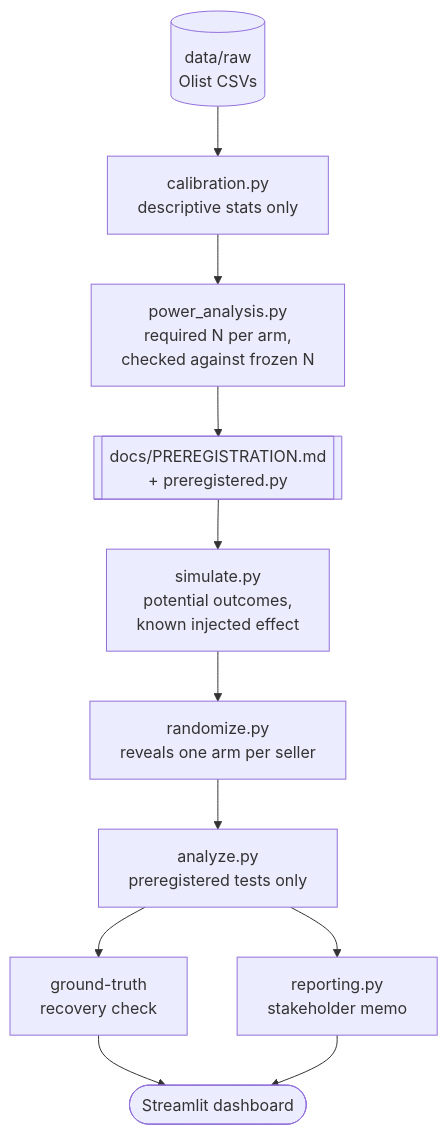
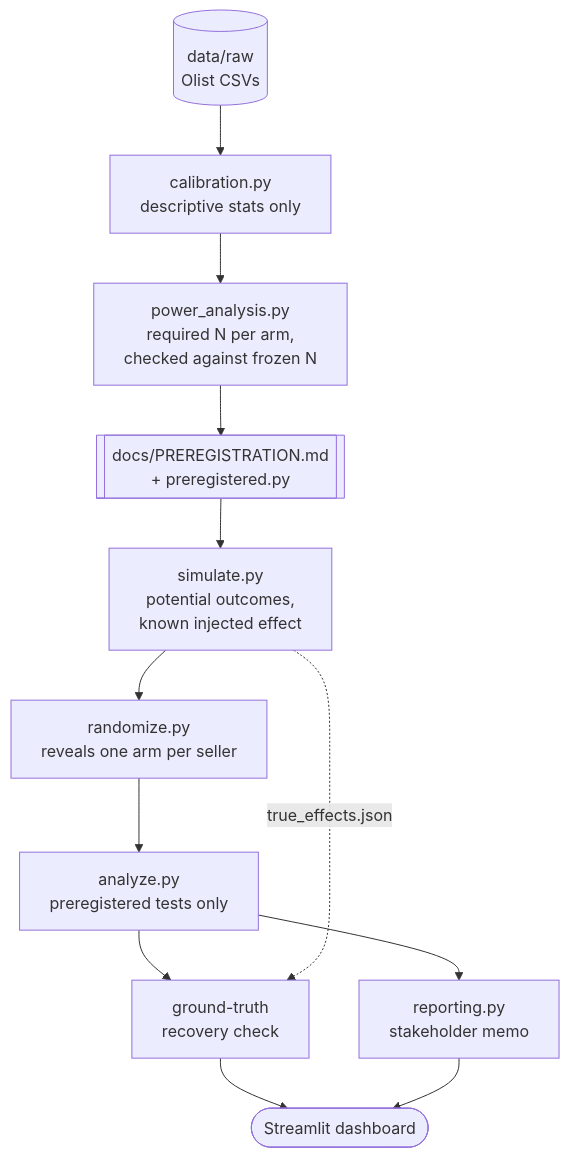
Before and after one commit to abhinavharbola/shipping-policy-ab-testing: the diagram in README.md, drawn with Mermaid. The commit also changed other lines of this file and 1 other file, not shown here.

````diff
--- a/README.md
+++ b/README.md
@@ -33,13 +33,14 @@
 ```mermaid
 flowchart TD
     raw[(data/raw\nOlist CSVs)] --> calib[calibration.py\ndescriptive stats only]
     calib --> power[power_analysis.py\nrequired N per arm,\nchecked against frozen N]
     power --> prereg[[docs/PREREGISTRATION.md\n+ preregistered.py]]
     prereg --> sim[simulate.py\npotential outcomes,\nknown injected effect]
     sim --> rand[randomize.py\nreveals one arm per seller]
     rand --> analyze[analyze.py\npreregistered tests only]
     analyze --> recovery[ground-truth\nrecovery check]
+    sim -.->|true_effects.json| recovery
     analyze --> memo[reporting.py\nstakeholder memo]
     recovery --> dash([Streamlit dashboard])
     memo --> dash
 ```
````
